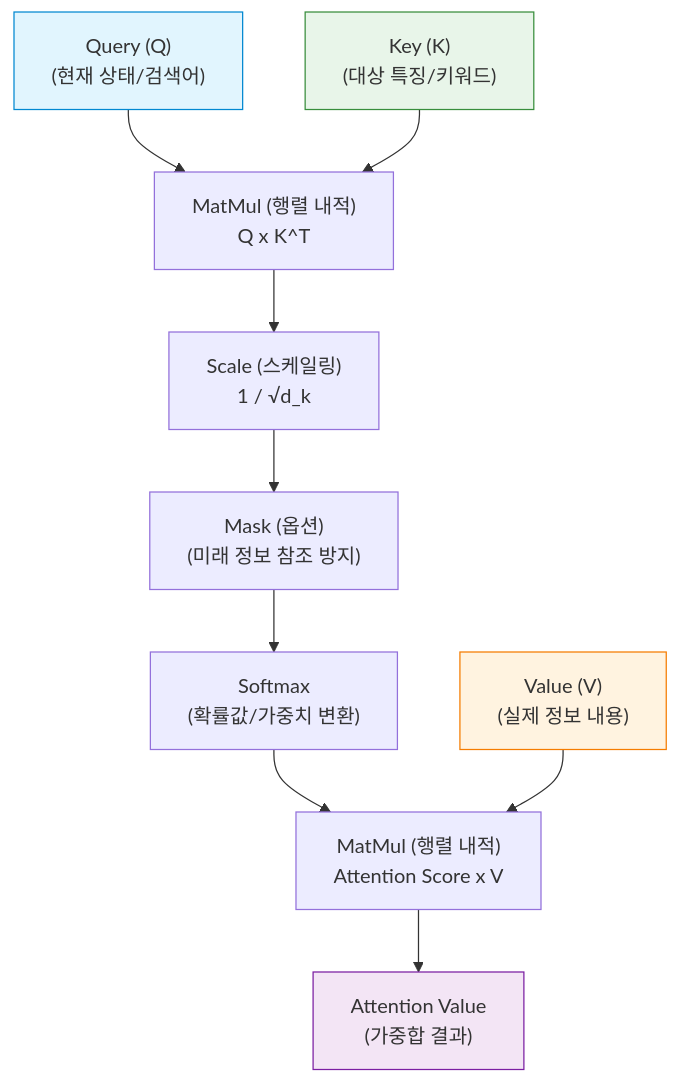
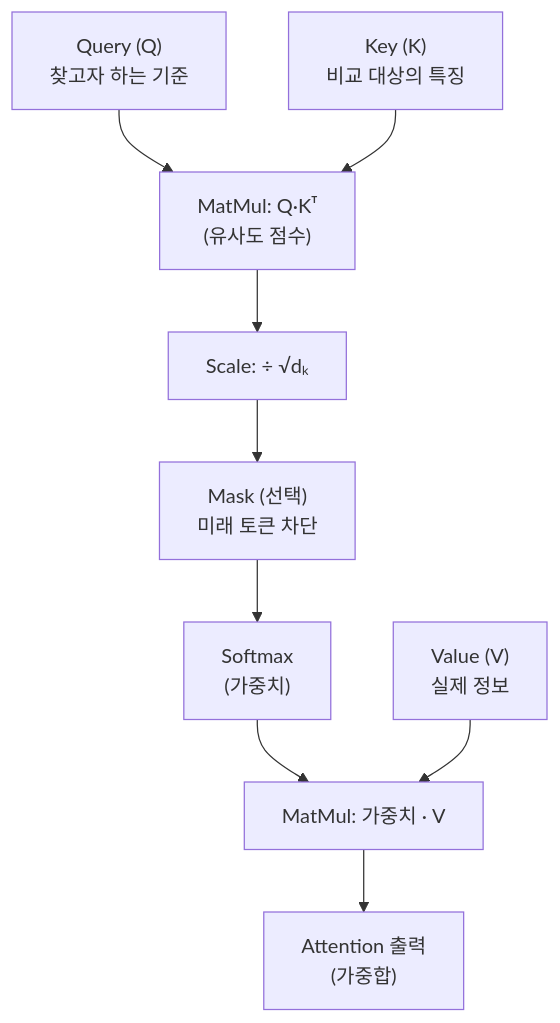
The diagram in content/01_IT Tech/어텐션 메커니즘.md (supremethumb/supremethumb.github.io), drawn with Mermaid before and after one commit. The commit also changed other lines of this file and 1087 other files, not shown here.

````diff
--- a/content/01_IT Tech/어텐션 메커니즘.md
+++ b/content/01_IT Tech/어텐션 메커니즘.md
@@ -27,21 +36,8 @@
 ```mermaid
 flowchart TD
-    Q["Query (Q)<br/>(현재 상태/검색어)"] --> MatMul1
-    K["Key (K)<br/>(대상 특징/키워드)"] --> MatMul1
-    
-    MatMul1["MatMul (행렬 내적)<br/>Q x K^T"] --> Scale["Scale (스케일링)<br/>1 / √d_k"]
-    
-    Scale --> Mask["Mask (옵션)<br/>(미래 정보 참조 방지)"]
-    Mask --> Softmax["Softmax<br/>(확률값/가중치 변환)"]
-    
-    Softmax --> MatMul2
-    V["Value (V)<br/>(실제 정보 내용)"] --> MatMul2
-    
-    MatMul2["MatMul (행렬 내적)<br/>Attention Score x V"] --> Output["Attention Value<br/>(가중합 결과)"]
-
-    style Q fill:#e1f5fe,stroke:#0288d1
-    style K fill:#e8f5e9,stroke:#388e3c
-    style V fill:#fff3e0,stroke:#f57c00
-    style Output fill:#f3e5f5,stroke:#7b1fa2
-
+    Q["Query (Q)<br/>찾고자 하는 기준"] --> M1
+    K["Key (K)<br/>비교 대상의 특징"] --> M1
+    M1["MatMul: Q·Kᵀ<br/>(유사도 점수)"] --> S["Scale: ÷ √dₖ"] --> Mask["Mask (선택)<br/>미래 토큰 차단"] --> SM["Softmax<br/>(가중치)"]
+    SM --> M2
+    V["Value (V)<br/>실제 정보"] --> M2["MatMul: 가중치 · V"] --> O["Attention 출력<br/>(가중합)"]
 ```
````
